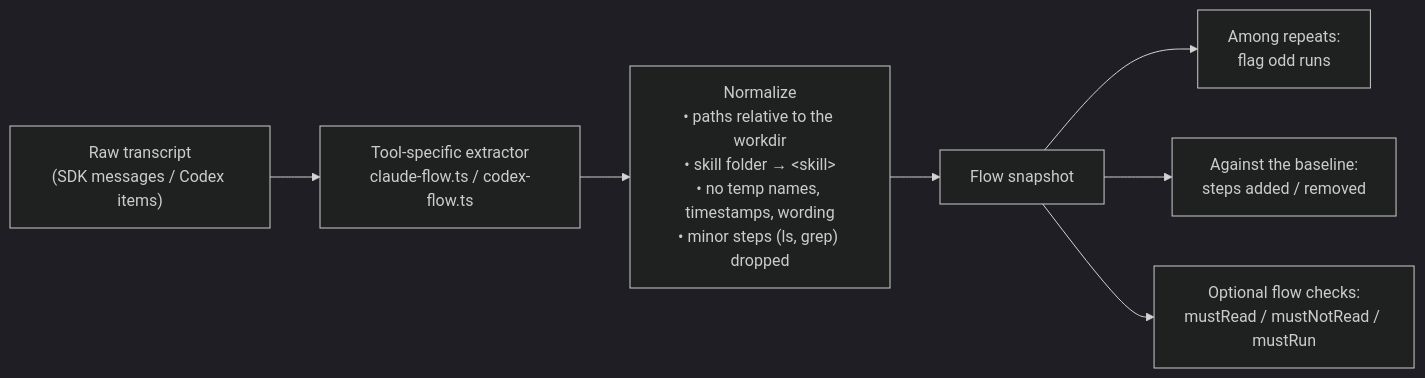
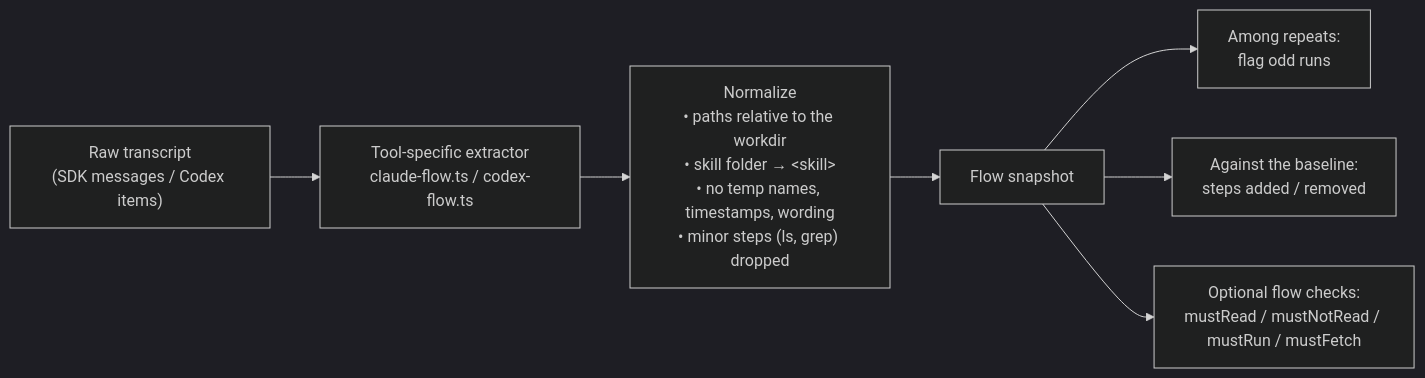
One commit to InteropIO/iointel-dev-kit changed the fifth of 8 diagrams in evals/README.md. Above: the diagram before and after it, drawn with Mermaid (dark theme). The commit also changed other lines of this file and 58 other files, not shown here.

````diff
--- a/evals/README.md
+++ b/evals/README.md
@@ -262,9 +343,9 @@
 ```mermaid
 flowchart LR
     raw["Raw transcript<br/>(SDK messages / Codex items)"] --> ext["Tool-specific extractor<br/>claude-flow.ts / codex-flow.ts"]
     ext --> norm["Normalize<br/>• paths relative to the workdir<br/>• skill folder → &lt;skill&gt;<br/>• no temp names, timestamps, wording<br/>• minor steps (ls, grep) dropped"]
     norm --> snap["Flow snapshot"]
     snap --> odd["Among repeats:<br/>flag odd runs"]
     snap --> diff["Against the baseline:<br/>steps added / removed"]
-    snap --> checks["Optional flow checks:<br/>mustRead / mustNotRead / mustRun"]
+    snap --> checks["Optional flow checks:<br/>mustRead / mustNotRead / mustRun / mustFetch"]
 ```
````
